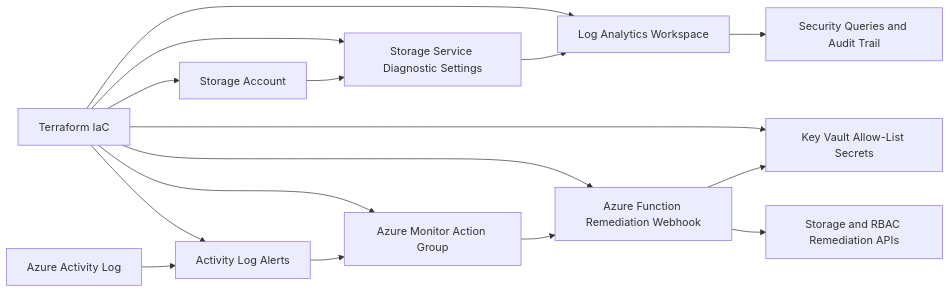
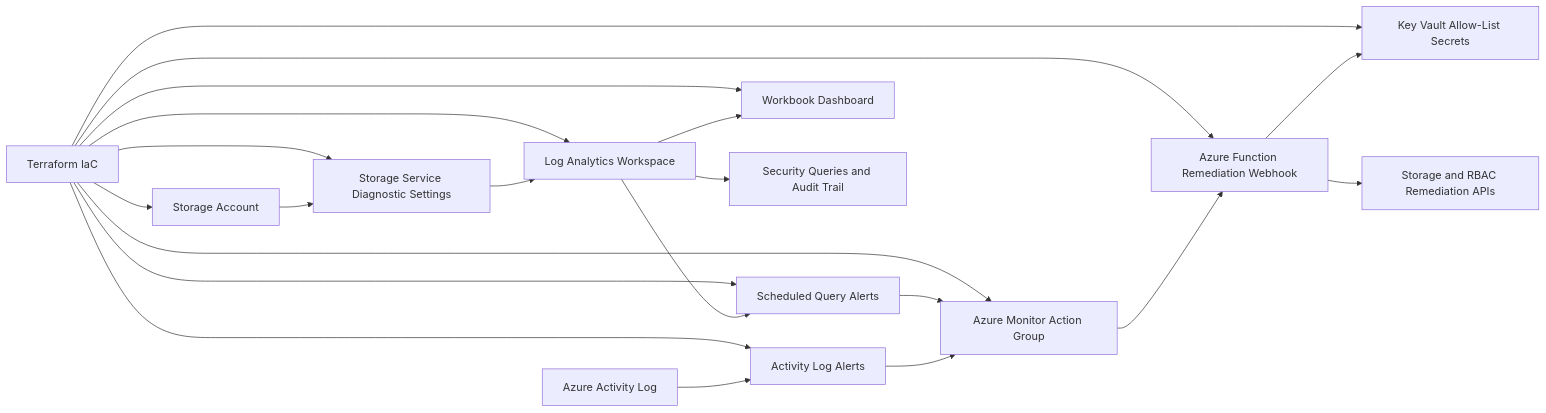
The diagram in docs/ARCHITECTURE.md (AErmie/DevSecBlueprint-CloudNativeSecurityAutomation-Capstone), drawn with Mermaid before and after one commit. The commit also changed other lines of this file and 13 other files, not shown here.

````diff
--- a/docs/ARCHITECTURE.md
+++ b/docs/ARCHITECTURE.md
@@ -9,19 +10,24 @@
 ```mermaid
 flowchart LR
   A[Azure Activity Log] --> F[Activity Log Alerts]
   B[Storage Account] --> C[Storage Service Diagnostic Settings]
   C --> D[Log Analytics Workspace]
   F --> G[Azure Monitor Action Group]
   G --> H[Azure Function Remediation Webhook]
   H --> K[Key Vault Allow-List Secrets]
   H --> L[Storage and RBAC Remediation APIs]
+  D --> M[Scheduled Query Alerts]
+  D --> N[Workbook Dashboard]
+  M --> G
   D --> I[Security Queries and Audit Trail]
 
   J[Terraform IaC] --> B
   J --> C
   J --> D
   J --> F
   J --> G
   J --> H
   J --> K
+  J --> M
+  J --> N
 ```
````
